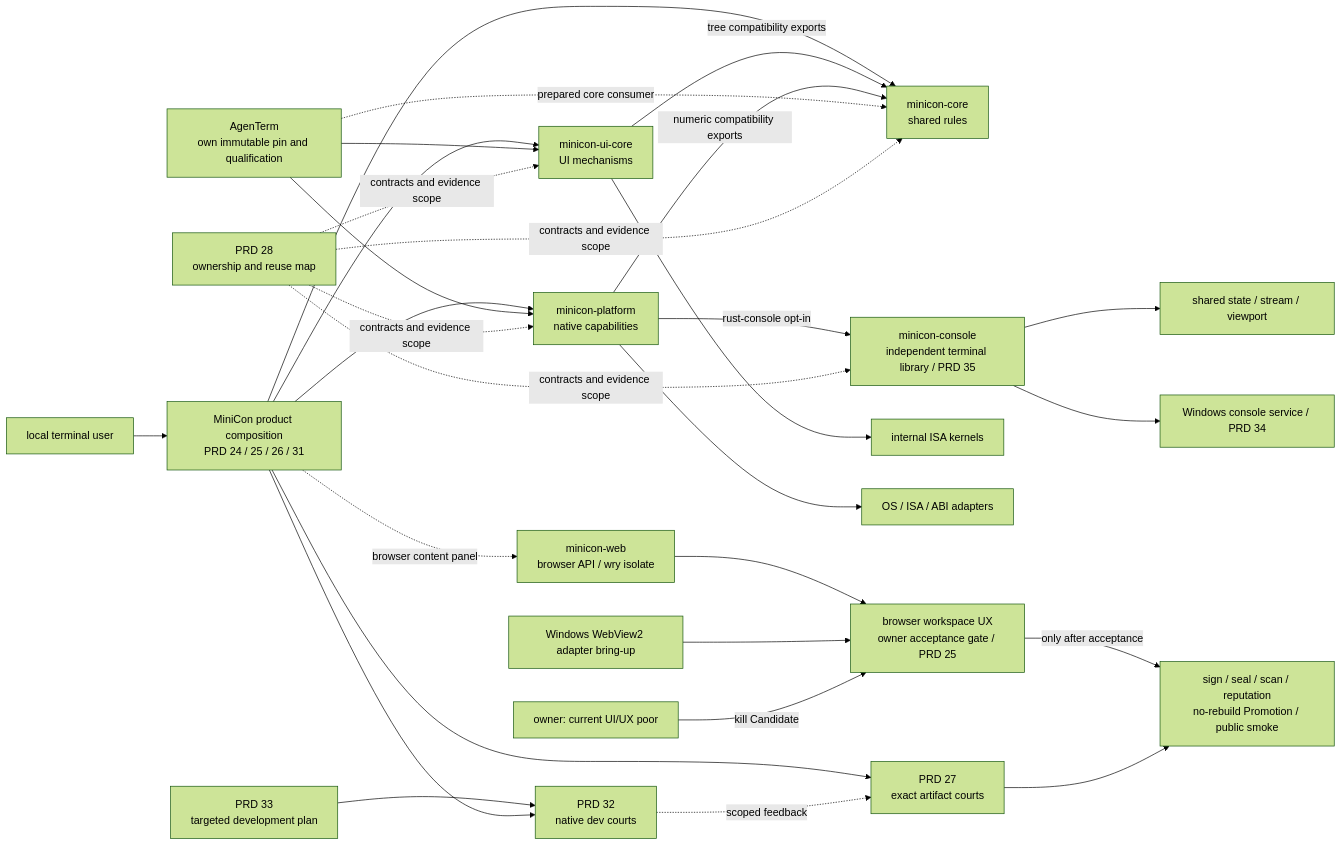
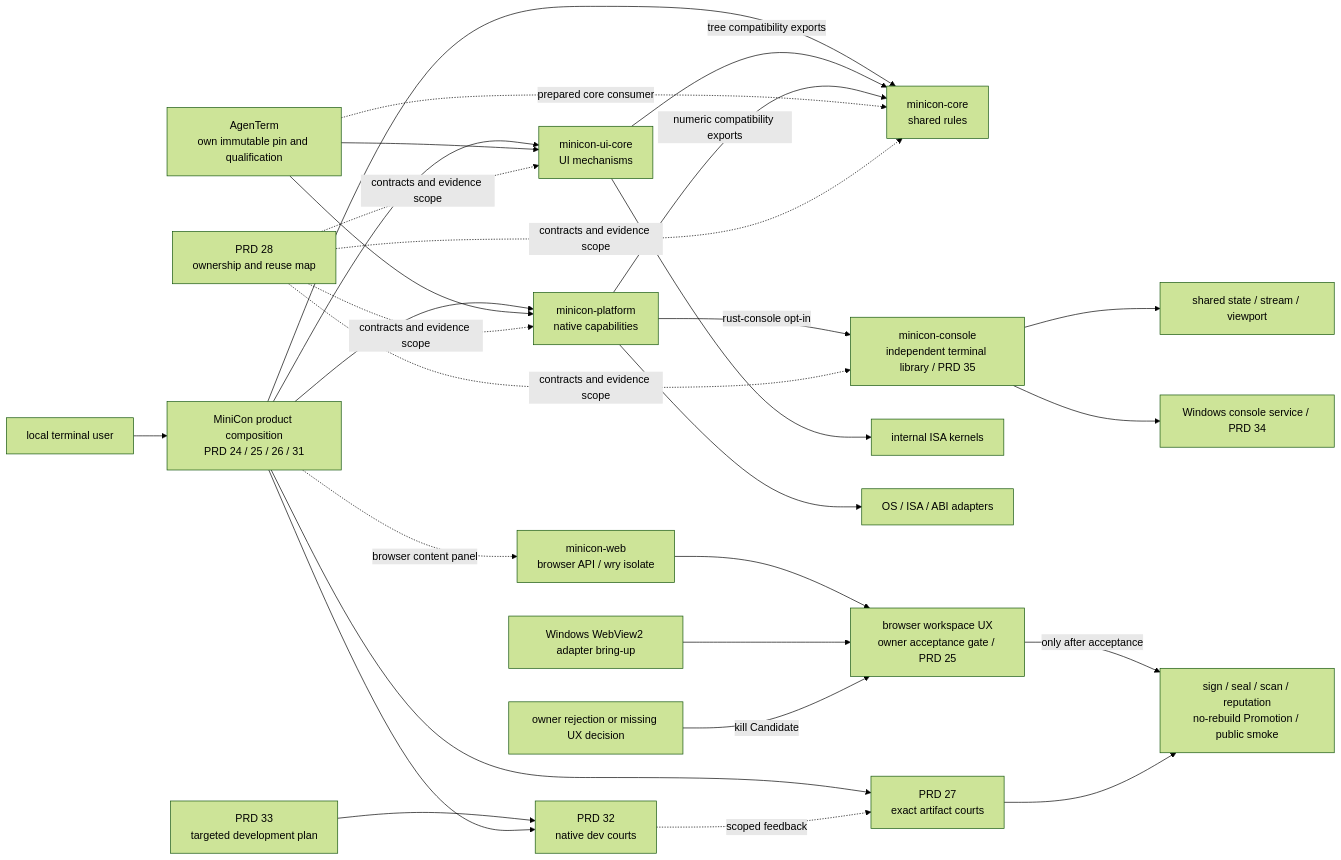
The diagram in PRD.md (partnernetsoftware/minicon), drawn with Mermaid (forest theme) before and after one commit. The commit also changed other lines of this file and 14 other files, not shown here.

````diff
--- a/PRD.md
+++ b/PRD.md
@@ -75,27 +76,27 @@
 ```mermaid
 flowchart LR
     U["local terminal user"] --> MC["MiniCon product composition<br/>PRD 24 / 25 / 26 / 31"]
     MC --> C["minicon-core<br/>shared rules"]
     MC --> UI["minicon-ui-core<br/>UI mechanisms"]
     MC --> P["minicon-platform<br/>native capabilities"]
     MC -.->|"browser content panel"| WEB["minicon-web<br/>browser API / wry isolate"]
     WEB --> UX["browser workspace UX<br/>owner acceptance gate / PRD 25"]
     WWEB["Windows WebView2 adapter bring-up"] --> UX
     UX -->|"only after acceptance"| R
-    BADUX["owner: current UI/UX poor"] -->|"kill Candidate"| UX
+    BADUX["owner rejection or missing UX decision"] -->|"kill Candidate"| UX
     UI -->|tree compatibility exports| C
     P -->|numeric compatibility exports| C
     UI --> I["internal ISA kernels"]
     P --> N["OS / ISA / ABI adapters"]
     CON["minicon-console<br/>independent terminal library / PRD 35"] --> VT["shared state / stream / viewport"]
     P -->|rust-console opt-in| CON
     CON --> W["Windows console service / PRD 34"]
     A["AgenTerm<br/>own immutable pin and qualification"] --> UI & P
     A -. prepared core consumer .-> C
     M["PRD 28<br/>ownership and reuse map"] -. contracts and evidence scope .-> C & UI & P & CON
     T["PRD 33<br/>targeted development plan"] --> D["PRD 32<br/>native dev courts"]
     MC --> D
     MC --> E["PRD 27<br/>exact artifact courts"]
     D -. scoped feedback .-> E
     E --> R["sign / seal / scan / reputation<br/>no-rebuild Promotion / public smoke"]
 ```
````
